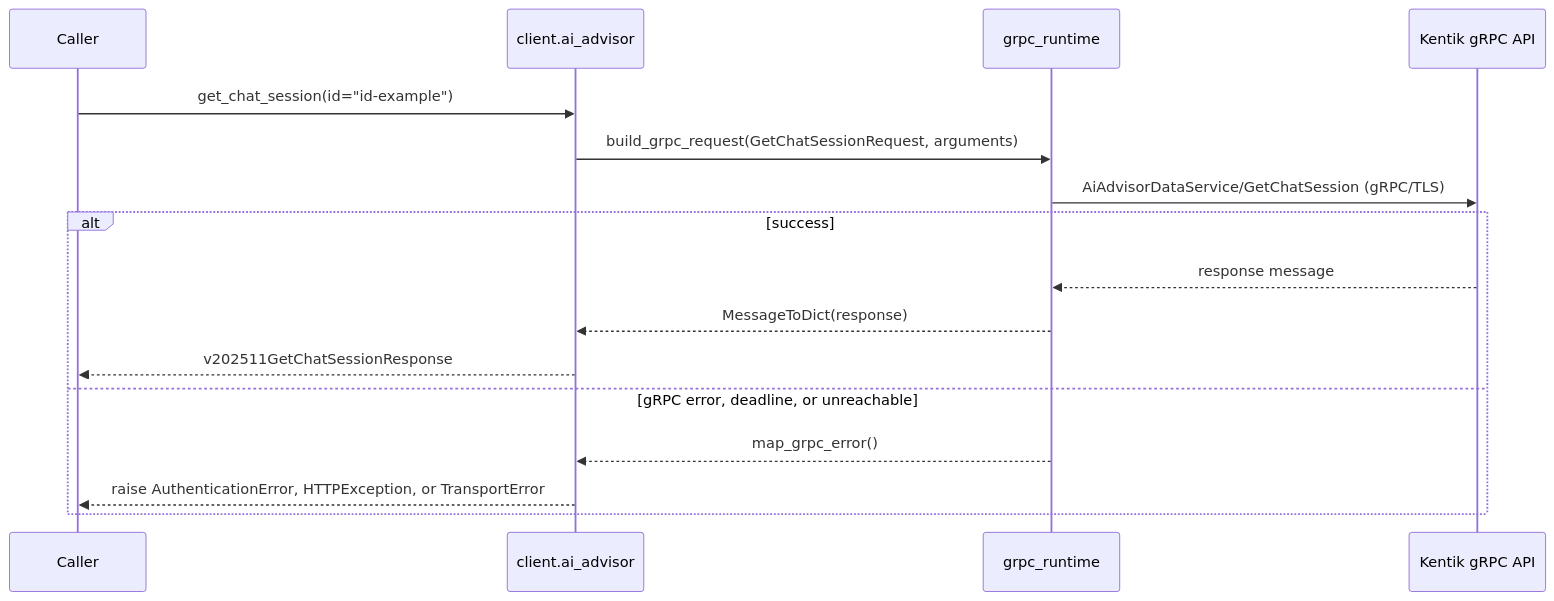
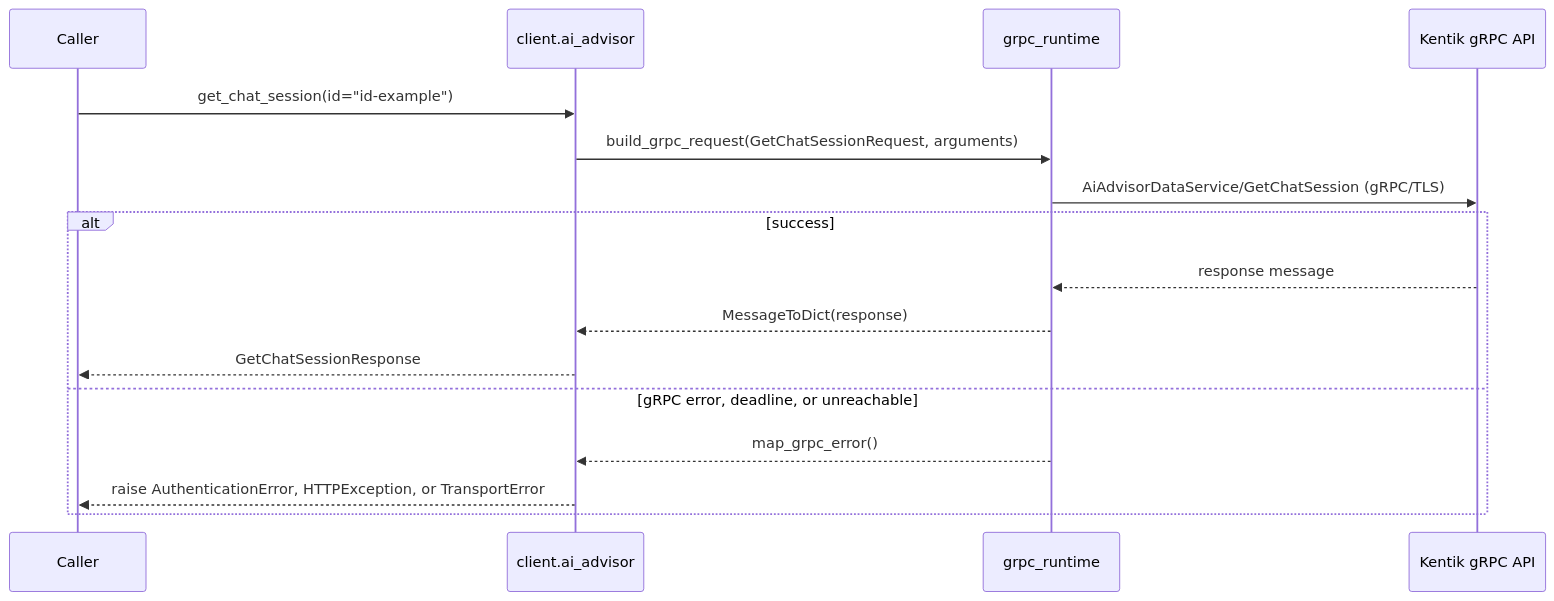
Before and after one commit to alexdearaujo/community_sdk_python: the seventh of 8 diagrams in docs/sphinx/services/ai_advisor.md, drawn with Mermaid. The commit also changed other lines of this file and 38 other files, not shown here.

````diff
--- a/docs/sphinx/services/ai_advisor.md
+++ b/docs/sphinx/services/ai_advisor.md
@@ -211,19 +211,19 @@
 ```mermaid
 sequenceDiagram
     participant C as Caller
     participant W as client.ai_advisor
     participant R as grpc_runtime
     participant API as Kentik gRPC API
 
     C->>W: get_chat_session(id="id-example")
     W->>R: build_grpc_request(GetChatSessionRequest, arguments)
     R->>API: AiAdvisorDataService/GetChatSession (gRPC/TLS)
     alt success
         API-->>R: response message
         R-->>W: MessageToDict(response)
-        W-->>C: v202511GetChatSessionResponse
+        W-->>C: GetChatSessionResponse
     else gRPC error, deadline, or unreachable
         R-->>W: map_grpc_error()
         W-->>C: raise AuthenticationError, HTTPException, or TransportError
     end
 ```
````
